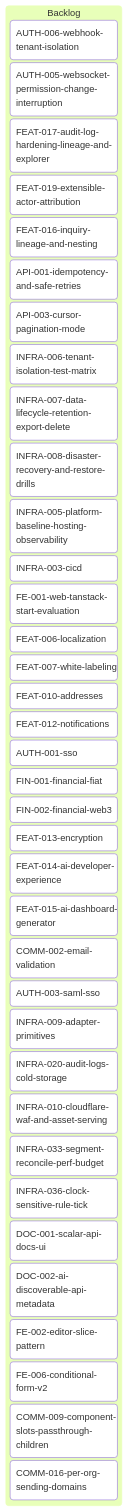
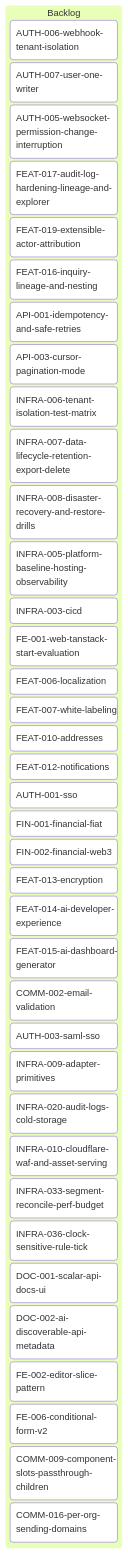
The diagram in tickets/kanban-backlog.md (inixiative/template), drawn with Mermaid before and after one commit. The commit also changed 1 other file, not shown here.

Commit message:
docs(AUTH-007): one writer and one resolver for a User by address (port of Zealot #2447)

````diff
--- a/tickets/kanban-backlog.md
+++ b/tickets/kanban-backlog.md
@@ -3,45 +3,46 @@
 ```mermaid
 ---
 config:
   kanban:
     ticketBaseUrl: 'https://github.com/yourorg/template/blob/main/tickets/#TICKET#'
 ---
 kanban
   Backlog
     AUTH-006-webhook-tenant-isolation
+    AUTH-007-user-one-writer
     AUTH-005-websocket-permission-change-interruption
     FEAT-017-audit-log-hardening-lineage-and-explorer
     FEAT-019-extensible-actor-attribution
     FEAT-016-inquiry-lineage-and-nesting
     API-001-idempotency-and-safe-retries
     API-003-cursor-pagination-mode
     INFRA-006-tenant-isolation-test-matrix
     INFRA-007-data-lifecycle-retention-export-delete
     INFRA-008-disaster-recovery-and-restore-drills
     INFRA-005-platform-baseline-hosting-observability
     INFRA-003-cicd
     FE-001-web-tanstack-start-evaluation
     FEAT-006-localization
     FEAT-007-white-labeling
     FEAT-010-addresses
     FEAT-012-notifications
     AUTH-001-sso
     FIN-001-financial-fiat
     FIN-002-financial-web3
     FEAT-013-encryption
     FEAT-014-ai-developer-experience
     FEAT-015-ai-dashboard-generator
     COMM-002-email-validation
     AUTH-003-saml-sso
     INFRA-009-adapter-primitives
     INFRA-020-audit-logs-cold-storage
     INFRA-010-cloudflare-waf-and-asset-serving
     INFRA-033-segment-reconcile-perf-budget
     INFRA-036-clock-sensitive-rule-tick
     DOC-001-scalar-api-docs-ui
     DOC-002-ai-discoverable-api-metadata
     FE-002-editor-slice-pattern
     FE-006-conditional-form-v2
     COMM-009-component-slots-passthrough-children
     COMM-016-per-org-sending-domains
 ```
````
